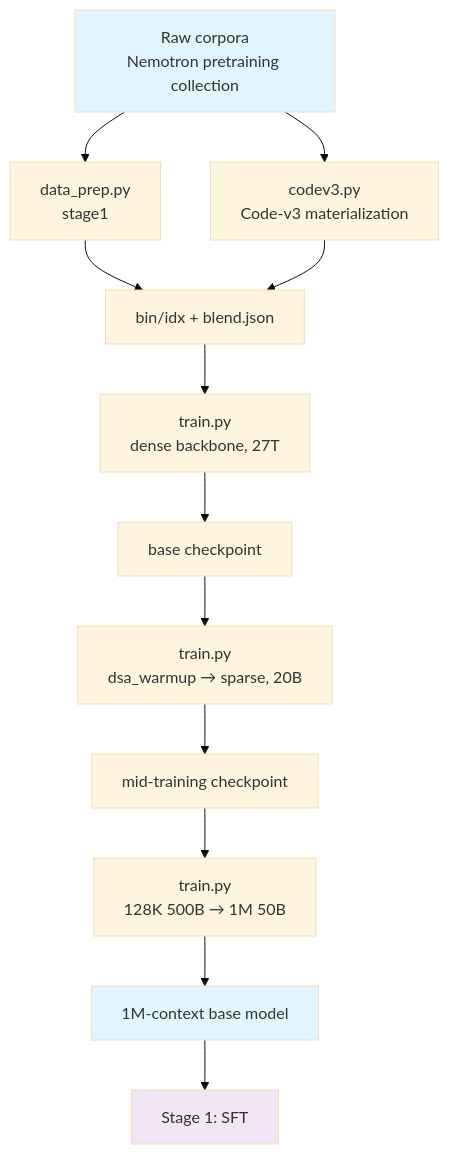
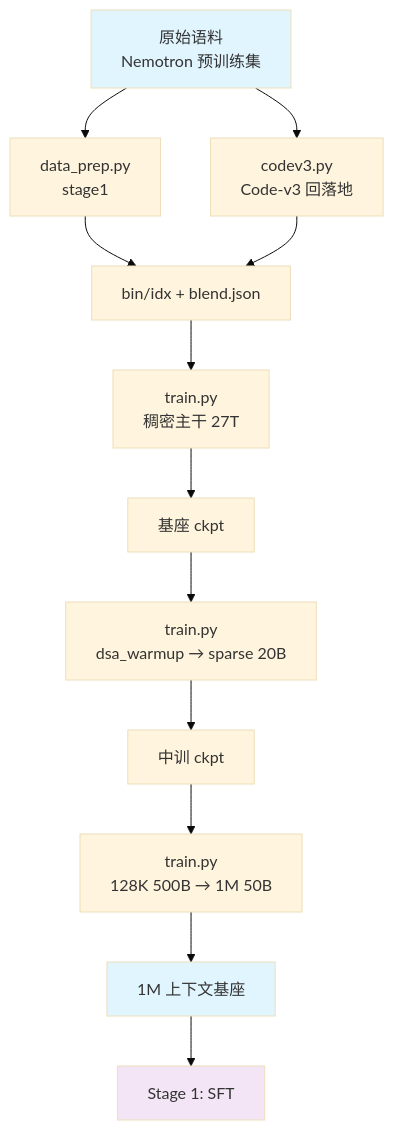
Before and after one commit to zongzhilou/shensi: the diagram in src/shensi/recipes/shensi/stage0_pretrain/README.md, drawn with Mermaid (base theme). The commit also changed other lines of this file and 13 other files, not shown here.

````diff
--- a/src/shensi/recipes/shensi/stage0_pretrain/README.md
+++ b/src/shensi/recipes/shensi/stage0_pretrain/README.md
@@ -161,18 +150,17 @@
 ```mermaid
 flowchart TB
-    raw["Raw corpora<br/>Nemotron pretraining collection"] --> dp1["data_prep.py<br/>stage1"]
-    raw --> dp3["codev3.py<br/>Code-v3 materialization"]
+    raw["原始语料<br/>Nemotron 预训练集"] --> dp1["data_prep.py<br/>stage1"]
+    raw --> dp3["codev3.py<br/>Code-v3 回落地"]
     dp1 --> d1["bin/idx + blend.json"]
     dp3 --> d1
-    d1 --> p1["train.py<br/>dense backbone, 27T"]
-    p1 --> c1["base checkpoint"]
-    c1 --> p2["train.py<br/>dsa_warmup → sparse, 20B"]
-    p2 --> c2["mid-training checkpoint"]
+    d1 --> p1["train.py<br/>稠密主干 27T"]
+    p1 --> c1["基座 ckpt"]
+    c1 --> p2["train.py<br/>dsa_warmup → sparse 20B"]
+    p2 --> c2["中训 ckpt"]
     c2 --> p3["train.py<br/>128K 500B → 1M 50B"]
-    p3 --> base["1M-context base model"]
+    p3 --> base["1M 上下文基座"]
     base --> next["Stage 1: SFT"]
-
     style raw fill:#e1f5fe
     style base fill:#e1f5fe
     style next fill:#f3e5f5
 ```
````
